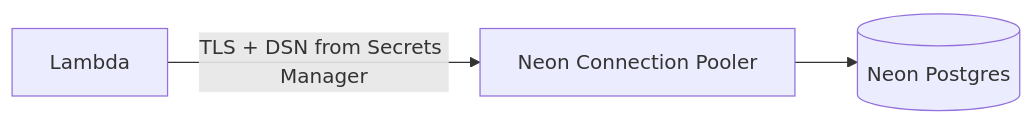
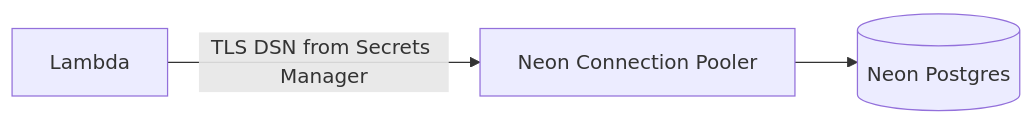
One commit to akhiljoe/razorpay-payment-integration changed the fourth of 8 diagrams in designs/MIGRATION_WRITEUP.md. Above: the diagram before and after it, drawn with Mermaid. The commit also changed other lines of this file and 3 other files, not shown here.

````diff
--- a/designs/MIGRATION_WRITEUP.md
+++ b/designs/MIGRATION_WRITEUP.md
@@ -446,5 +297,5 @@
 ```mermaid
 flowchart LR
-    Lambda[Lambda] -->|TLS + DSN from Secrets Manager| NeonPooler[Neon Connection Pooler]
-    NeonPooler --> NeonDB[(Neon Postgres)]
+    Lambda[Lambda] -->|TLS DSN from Secrets Manager| Pooler[Neon Connection Pooler]
+    Pooler --> Postgres[(Neon Postgres)]
 ```
````
